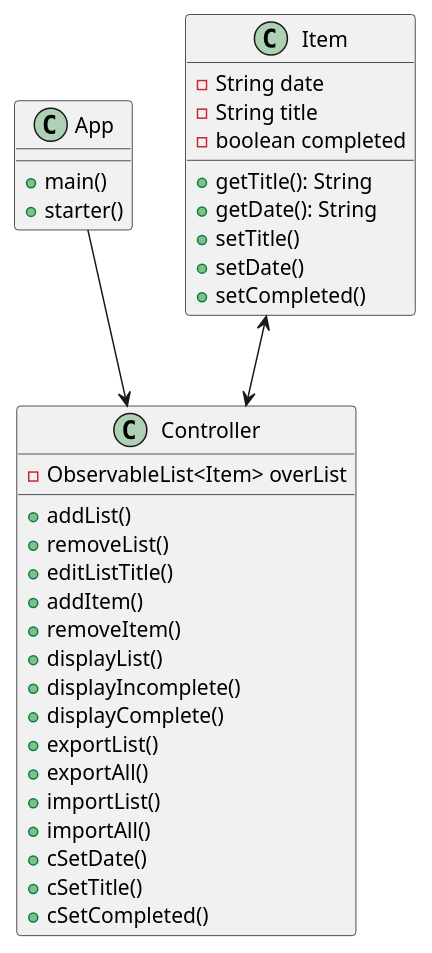
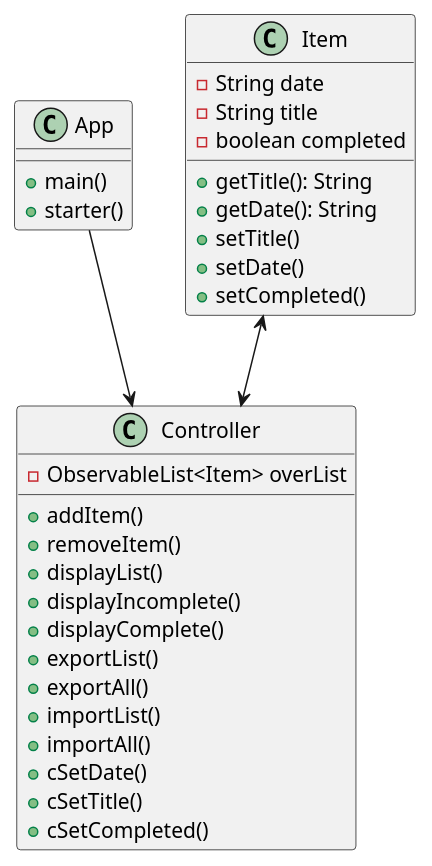
The diagram in uml/plan.puml (maxwellgraeser/Graeser-cop3330-assignment4part2), drawn with PlantUML before and after one commit. The commit also changed 3 other files, not shown here.

```diff
--- a/uml/plan.puml
+++ b/uml/plan.puml
@@ -1,39 +1,36 @@
 @startuml
 class App {
 +main()
 +starter()
 }
 
 class Controller {
 -ObservableList<Item> overList
-+addList()
-+removeList()
-+editListTitle()
 +addItem()
 +removeItem()
 +displayList()
 +displayIncomplete()
 +displayComplete()
 +exportList()
 +exportAll()
 +importList()
 +importAll()
 +cSetDate()
 +cSetTitle()
 +cSetCompleted()
 }
 
 class Item {
 -String date
 -String title
 -boolean completed
 +getTitle(): String
 +getDate(): String
 +setTitle()
 +setDate()
 +setCompleted()
 }
 
 App --> Controller
 Item <--> Controller
 @enduml
```
